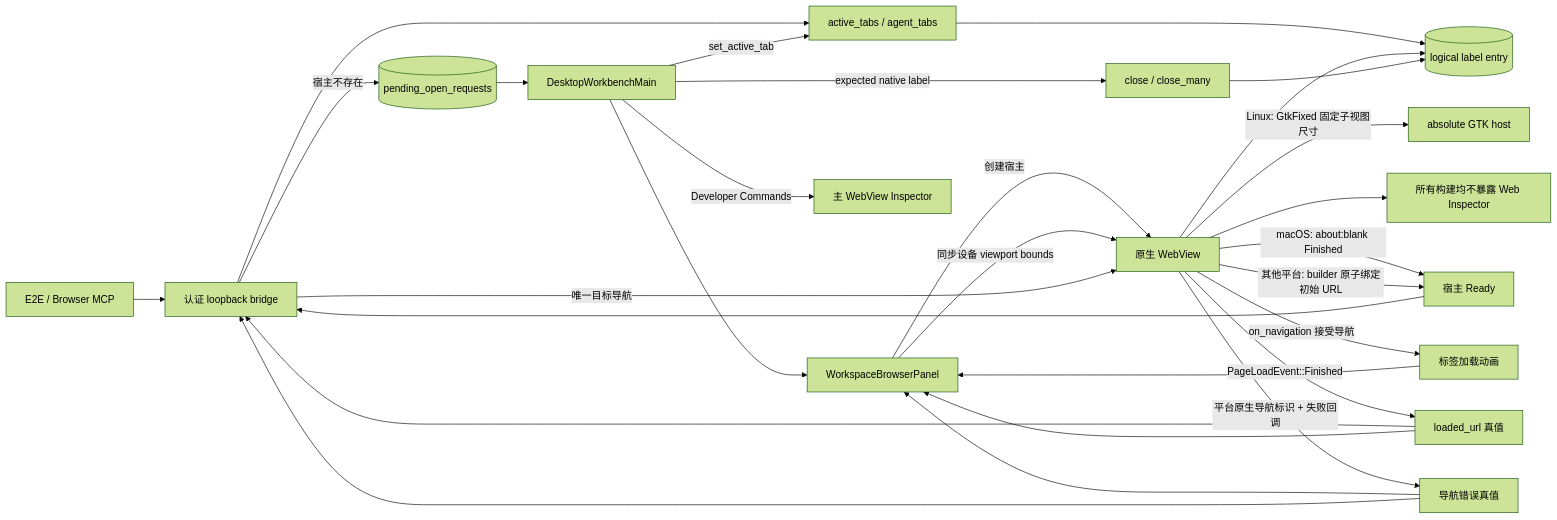
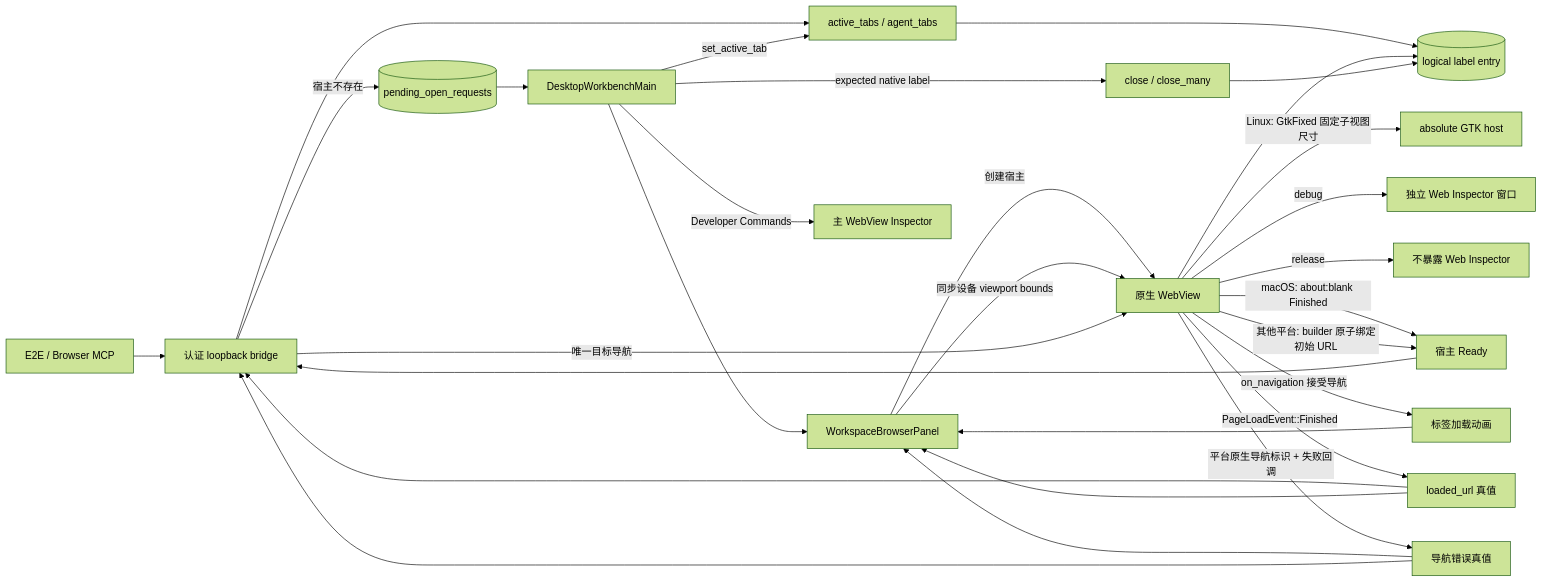
One commit to wecode-ai/Wegent changed the first of 2 diagrams in docs/zh/architecture/embedded-browser.md. Above: the diagram before and after it, drawn with Mermaid (forest theme). The commit also changed other lines of this file and 14 other files, not shown here.

````diff
--- a/docs/zh/architecture/embedded-browser.md
+++ b/docs/zh/architecture/embedded-browser.md
@@ -9,30 +9,31 @@
 ```mermaid
 flowchart LR
     CALLER[E2E / Browser MCP] --> BRIDGE[认证 loopback bridge]
     BRIDGE --> ROUTE[active_tabs / agent_tabs]
     ROUTE --> ENTRY[(logical label entry)]
     BRIDGE -->|宿主不存在| PENDING[(pending_open_requests)]
     PENDING --> MAIN[DesktopWorkbenchMain]
     MAIN --> PANEL[WorkspaceBrowserPanel]
     PANEL -->|创建宿主| WEBVIEW[原生 WebView]
     PANEL -->|同步设备 viewport bounds| WEBVIEW
     WEBVIEW -->|Linux: GtkFixed 固定子视图尺寸| LINUX_HOST[absolute GTK host]
     WEBVIEW --> ENTRY
-    WEBVIEW --> NOINSPECTOR[所有构建均不暴露 Web Inspector]
+    WEBVIEW -->|debug| DETACHED_INSPECTOR[独立 Web Inspector 窗口]
+    WEBVIEW -->|release| NOINSPECTOR[不暴露 Web Inspector]
     MAIN -->|Developer Commands| MAIN_INSPECTOR[主 WebView Inspector]
     WEBVIEW -->|macOS: about:blank Finished| READY[宿主 Ready]
     WEBVIEW -->|其他平台: builder 原子绑定初始 URL| READY
     READY --> BRIDGE
     BRIDGE -->|唯一目标导航| WEBVIEW
     WEBVIEW -->|on_navigation 接受导航| LOADING[标签加载动画]
     LOADING --> PANEL
     WEBVIEW -->|PageLoadEvent::Finished| LOADED[loaded_url 真值]
     WEBVIEW -->|平台原生导航标识 + 失败回调| FAILED[导航错误真值]
     LOADED --> BRIDGE
     LOADED --> PANEL
     FAILED --> PANEL
     FAILED --> BRIDGE
     MAIN -->|set_active_tab| ROUTE
     MAIN -->|expected native label| CLOSE[close / close_many]
     CLOSE --> ENTRY
 ```
````
